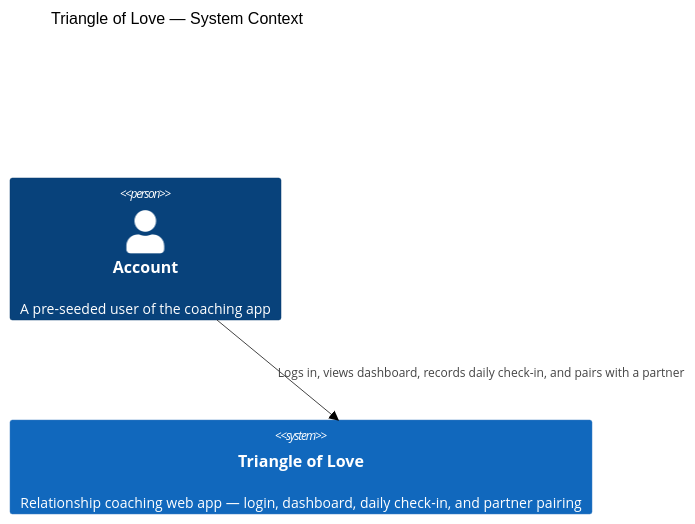
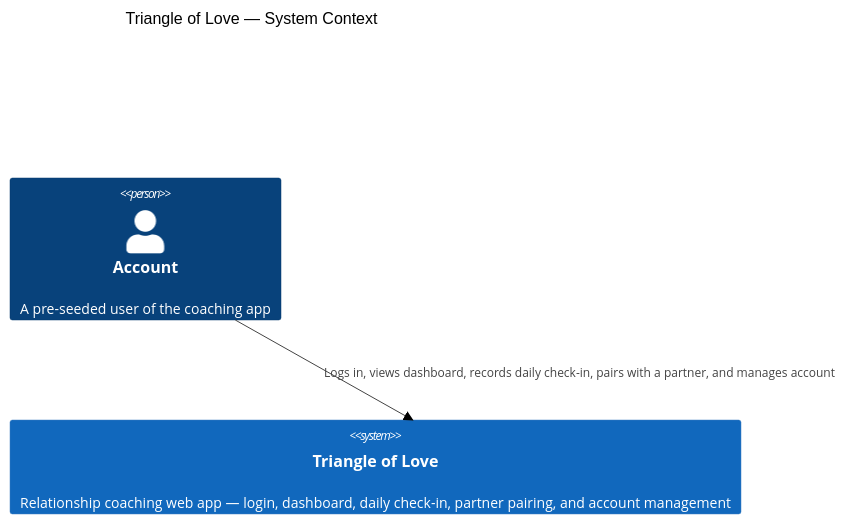
One commit to co0p/triangleoflove changed the first of 3 diagrams in docs/architecture.md. Above: the diagram before and after it, drawn with Mermaid (neutral theme). The commit also changed other lines of this file and 17 other files, not shown here.

````diff
--- a/docs/architecture.md
+++ b/docs/architecture.md
@@ -5,7 +5,7 @@
 ```mermaid
 C4Context
     title Triangle of Love — System Context
     Person(account, "Account", "A pre-seeded user of the coaching app")
-    System(tol, "Triangle of Love", "Relationship coaching web app — login, dashboard, daily check-in, and partner pairing")
-    Rel(account, tol, "Logs in, views dashboard, records daily check-in, and pairs with a partner")
+    System(tol, "Triangle of Love", "Relationship coaching web app — login, dashboard, daily check-in, partner pairing, and account management")
+    Rel(account, tol, "Logs in, views dashboard, records daily check-in, pairs with a partner, and manages account")
 ```
````
